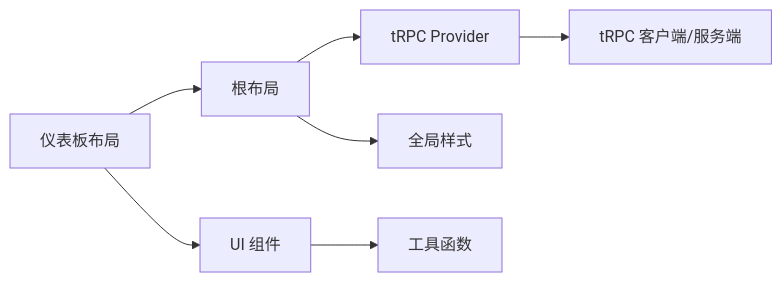
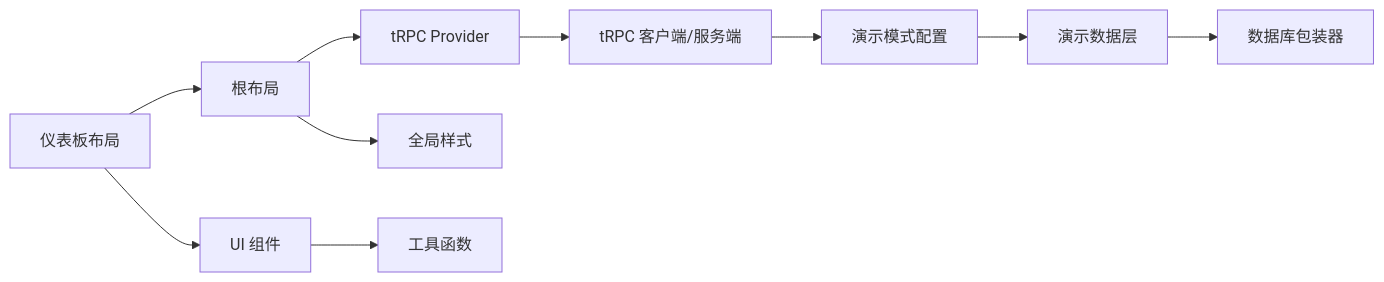
Before and after one commit to RadiumAg/AIGate: the tenth of 10 diagrams in .qoder/repowiki/zh/content/架构设计/前端架构.md, drawn with Mermaid. The commit also changed other lines of this file and 11 other files, not shown here.

````diff
--- a/.qoder/repowiki/zh/content/架构设计/前端架构.md
+++ b/.qoder/repowiki/zh/content/架构设计/前端架构.md
@@ -269,9 +437,12 @@
 ```mermaid
 graph LR
 Root["根布局"] --> Provider["tRPC Provider"]
 Root --> Styles["全局样式"]
 Dash["仪表板布局"] --> Root
 Dash --> UI["UI 组件"]
 Provider --> TRPC["tRPC 客户端/服务端"]
 UI --> Utils["工具函数"]
+TRPC --> DemoConfig["演示模式配置"]
+DemoConfig --> DemoData["演示数据层"]
+DemoData --> Database["数据库包装器"]
 ```
````
